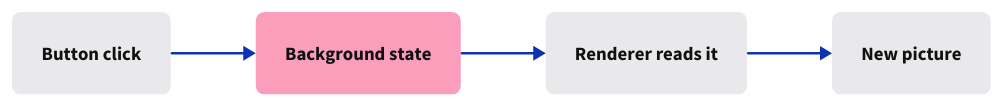
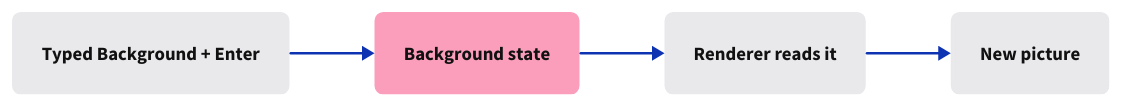
The diagram in session_viewer/docs/diagrams/journey-04.d2 (petrasvestartas/session), drawn with D2 before and after one commit. The commit also changed 363 other files, not shown here.

```diff
--- a/session_viewer/docs/diagrams/journey-04.d2
+++ b/session_viewer/docs/diagrams/journey-04.d2
@@ -1,14 +1,14 @@
 vars: { d2-config: { layout-engine: elk; pad: 20; theme-id: 0 } }
 style: { fill: "#ffffff" }
 classes: {
   box:   { style: { fill: "#e9e9ec"; stroke: "#e9e9ec"; border-radius: 6; font-size: 15; font-color: "#111111" } }
   focus: { style: { fill: "#fa9ebc"; stroke: "#fa9ebc"; border-radius: 6; font-size: 15; font-color: "#111111" } }
 }
 direction: right
-button: "Button click" {class: box}
+button: "Typed Background + Enter" {class: box}
 state: "Background state" {class: focus}
 renderer: "Renderer reads it" {class: box}
 pixels: "New picture" {class: box}
 button -> state
 state -> renderer
 renderer -> pixels
```
